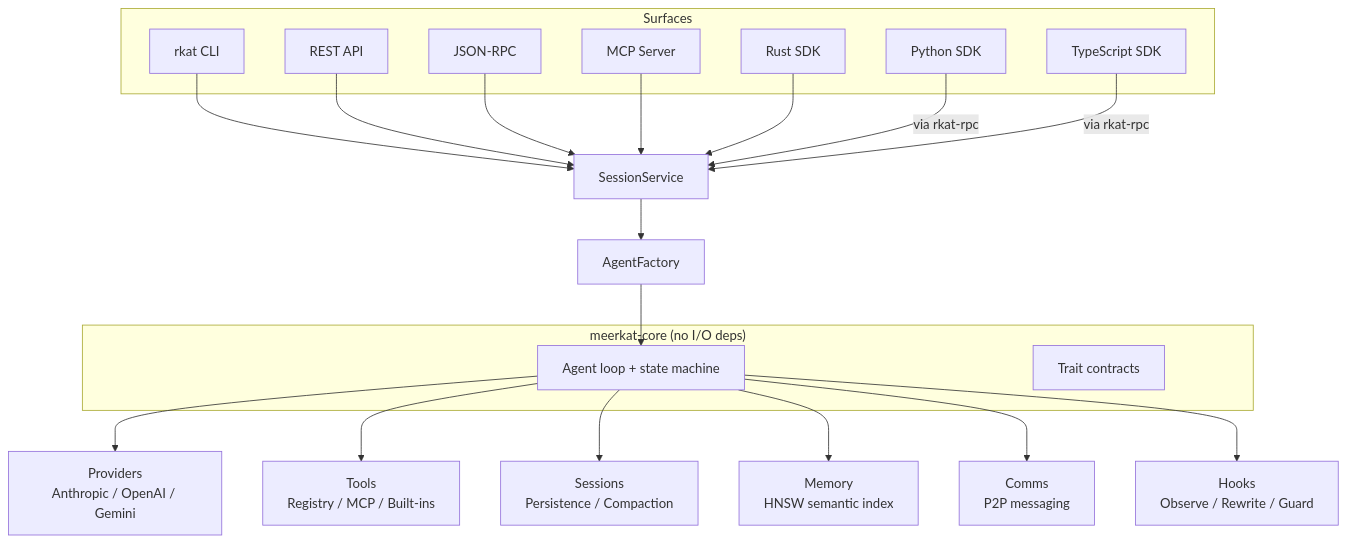
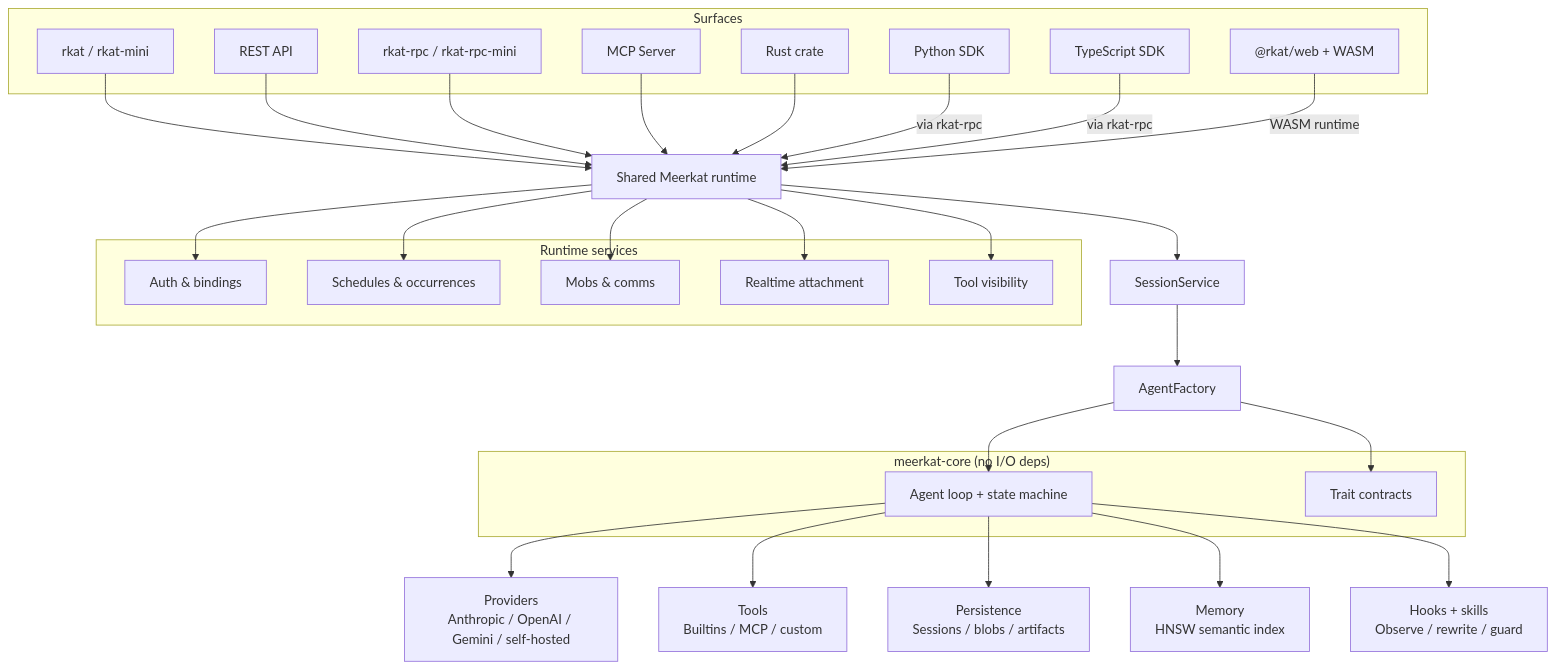
The diagram in README.md (lukacf/meerkat), drawn with Mermaid before and after one commit. The commit also changed other lines of this file, not shown here.

First line of the commit message:
Fix README for current Meerkat surfaces (#614)

````diff
--- a/README.md
+++ b/README.md
@@ -225,46 +266,63 @@
 ```mermaid
 graph TD
     subgraph surfaces["Surfaces"]
-        CLI["rkat CLI"]
+        CLI["rkat / rkat-mini"]
         REST["REST API"]
-        RPC["JSON-RPC"]
+        RPC["rkat-rpc / rkat-rpc-mini"]
         MCPS["MCP Server"]
-        RUST["Rust SDK"]
+        RUST["Rust crate"]
         PY["Python SDK"]
         TS["TypeScript SDK"]
+        WEB["@rkat/web + WASM"]
     end
+
+    RUNTIME["Shared Meerkat runtime"]
+
+    CLI --> RUNTIME
+    REST --> RUNTIME
+    RPC --> RUNTIME
+    MCPS --> RUNTIME
+    RUST --> RUNTIME
+    PY -->|via rkat-rpc| RUNTIME
+    TS -->|via rkat-rpc| RUNTIME
+    WEB -->|WASM runtime| RUNTIME
+
+    subgraph services["Runtime services"]
+        AUTH["Auth & bindings"]
+        SCHEDULE["Schedules & occurrences"]
+        MOB["Mobs & comms"]
+        REALTIME["Realtime attachment"]
+        TOOLING["Tool visibility"]
+    end
+
+    RUNTIME --> AUTH
+    RUNTIME --> SCHEDULE
+    RUNTIME --> MOB
+    RUNTIME --> REALTIME
+    RUNTIME --> TOOLING
 
     SS["SessionService"]
     AF["AgentFactory"]
-
-    CLI --> SS
-    REST --> SS
-    RPC --> SS
-    MCPS --> SS
-    RUST --> SS
-    PY -->|via rkat-rpc| SS
-    TS -->|via rkat-rpc| SS
-
+    RUNTIME --> SS
     SS --> AF
 
     subgraph core["meerkat-core  (no I/O deps)"]
         AGENT["Agent loop + state machine"]
         TRAITS["Trait contracts"]
     end
 
     AF --> AGENT
+    AF --> TRAITS
 
-    CLIENT["Providers\nAnthropic / OpenAI / Gemini"]
-    TOOLS["Tools\nRegistry / MCP / Built-ins"]
-    SESSION["Sessions\nPersistence / Compaction"]
-    MEMORY["Memory\nHNSW semantic index"]
-    COMMS["Comms\nP2P messaging"]
-    HOOKS["Hooks\nObserve / Rewrite / Guard"]
+    CLIENT["Providers<br/>Anthropic / OpenAI / Gemini / self-hosted"]
+    TOOLS["Tools<br/>Builtins / MCP / custom"]
+    SESSION["Persistence<br/>Sessions / blobs / artifacts"]
+    MEMORY["Memory<br/>HNSW semantic index"]
+    HOOKS["Hooks + skills<br/>Observe / rewrite / guard"]
 
     AGENT --> CLIENT
     AGENT --> TOOLS
     AGENT --> SESSION
     AGENT --> MEMORY
-    AGENT --> COMMS
     AGENT --> HOOKS
 ```
````
